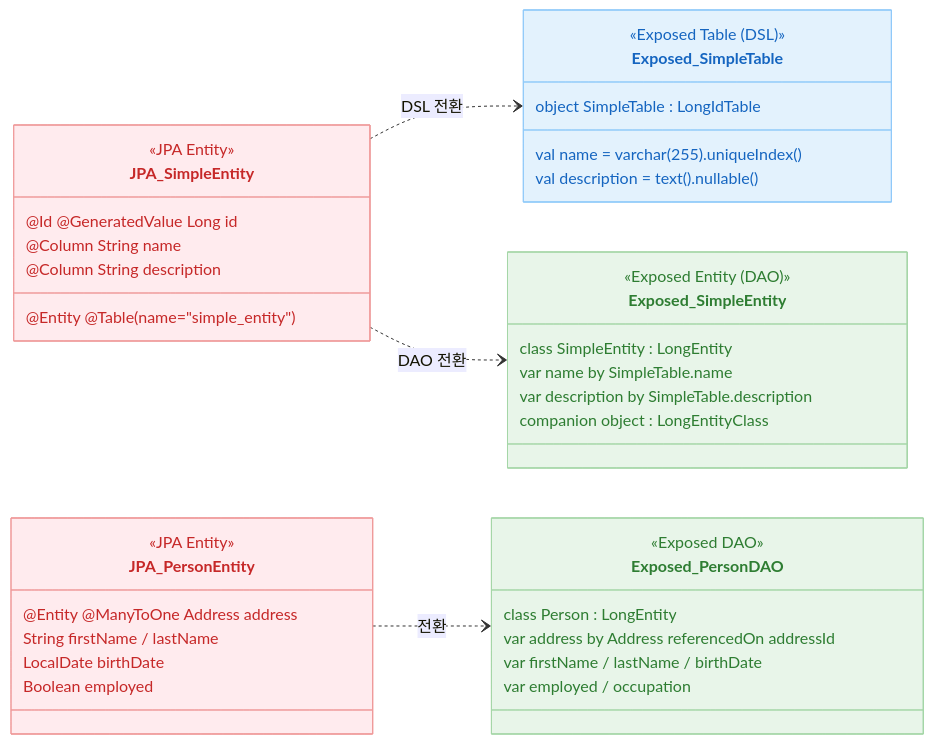
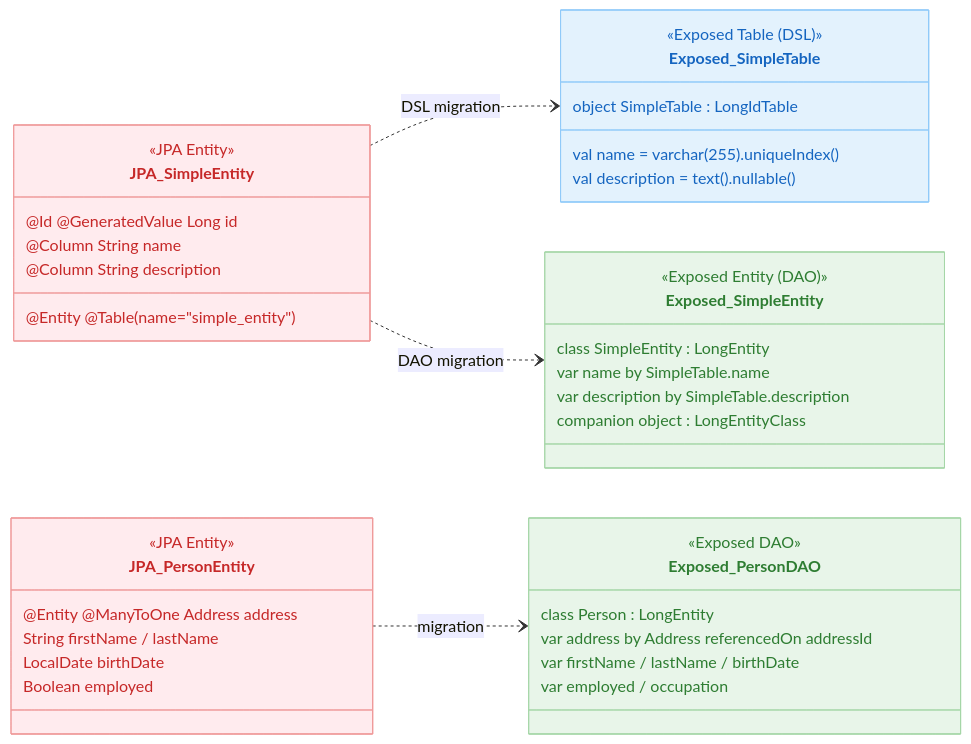
Before and after one commit to bluetape4k/exposed-workshop: the sixth of 6 diagrams in 07-jpa/01-convert-jpa-basic/README.md, drawn with Mermaid. The commit also changed other lines of this file and 115 other files, not shown here.

````diff
--- a/07-jpa/01-convert-jpa-basic/README.md
+++ b/07-jpa/01-convert-jpa-basic/README.md
@@ -235,50 +237,50 @@
 ```mermaid
 classDiagram
     direction LR
     class JPA_SimpleEntity {
         <<JPA Entity>>
         @Entity @Table(name="simple_entity")
         @Id @GeneratedValue Long id
         @Column String name
         @Column String description
     }
     class Exposed_SimpleTable {
         <<Exposed Table (DSL)>>
         object SimpleTable : LongIdTable
         val name = varchar(255).uniqueIndex()
         val description = text().nullable()
     }
     class Exposed_SimpleEntity {
         <<Exposed Entity (DAO)>>
         class SimpleEntity : LongEntity
         var name by SimpleTable.name
         var description by SimpleTable.description
         companion object : LongEntityClass
     }
 
-    JPA_SimpleEntity ..> Exposed_SimpleTable : DSL 전환
-    JPA_SimpleEntity ..> Exposed_SimpleEntity : DAO 전환
+    JPA_SimpleEntity ..> Exposed_SimpleTable : DSL migration
+    JPA_SimpleEntity ..> Exposed_SimpleEntity : DAO migration
 
     class JPA_PersonEntity {
         <<JPA Entity>>
         @Entity @ManyToOne Address address
         String firstName / lastName
         LocalDate birthDate
         Boolean employed
     }
     class Exposed_PersonDAO {
         <<Exposed DAO>>
         class Person : LongEntity
         var address by Address referencedOn addressId
         var firstName / lastName / birthDate
         var employed / occupation
     }
 
-    JPA_PersonEntity ..> Exposed_PersonDAO : 전환
+    JPA_PersonEntity ..> Exposed_PersonDAO : migration
 
     style JPA_SimpleEntity fill:#FFEBEE,stroke:#EF9A9A,color:#C62828
     style Exposed_SimpleTable fill:#E3F2FD,stroke:#90CAF9,color:#1565C0
     style Exposed_SimpleEntity fill:#E8F5E9,stroke:#A5D6A7,color:#2E7D32
     style JPA_PersonEntity fill:#FFEBEE,stroke:#EF9A9A,color:#C62828
     style Exposed_PersonDAO fill:#E8F5E9,stroke:#A5D6A7,color:#2E7D32
 ```
````
